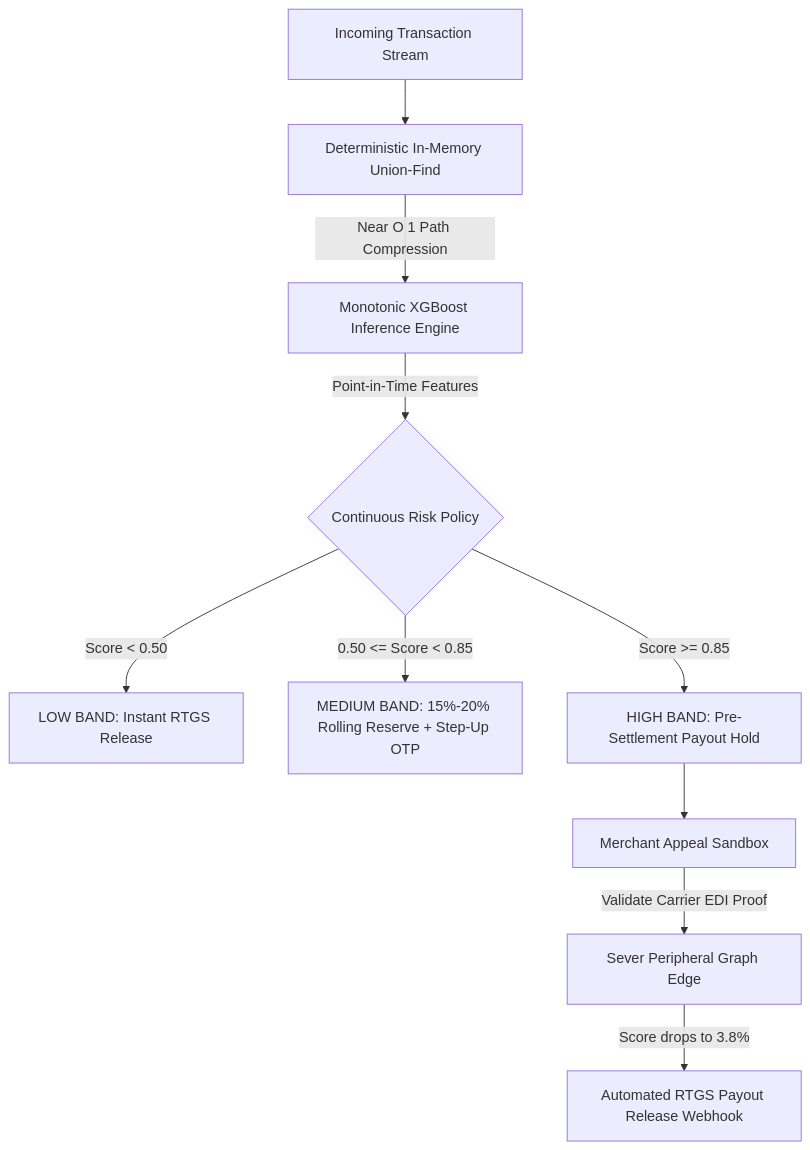
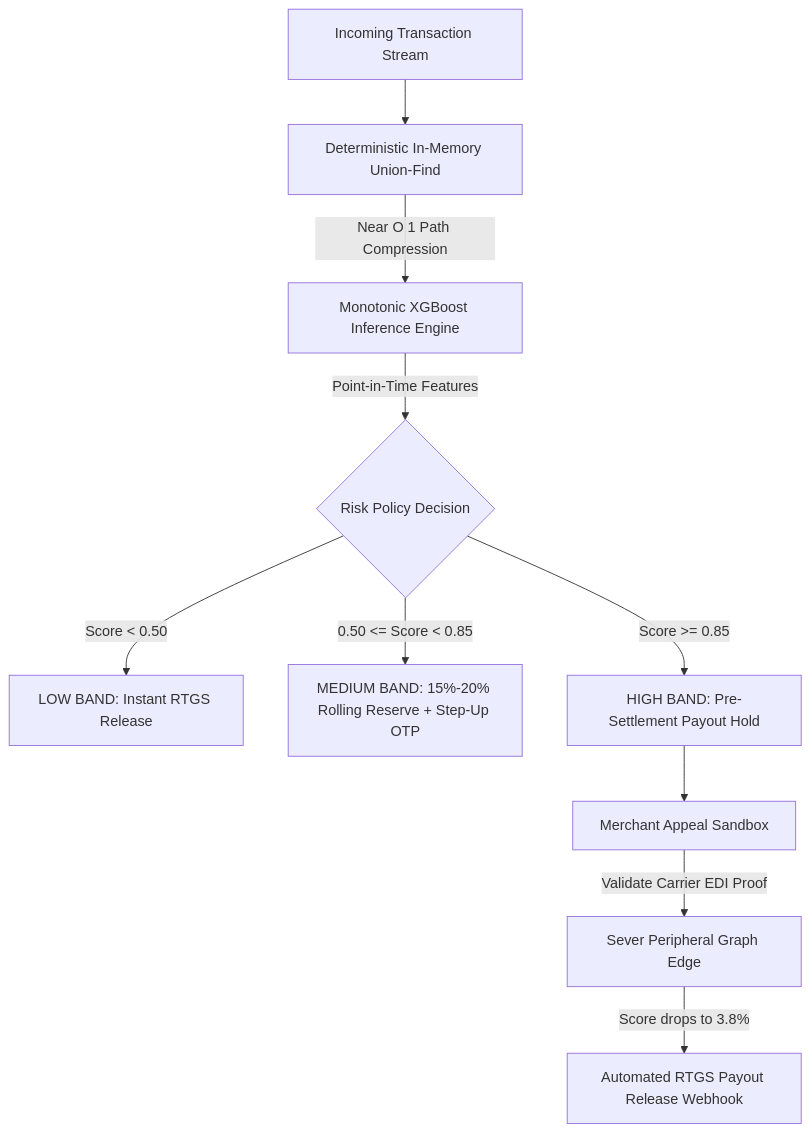
Before and after one commit to SUBHA22-CODER/Docket-Risk: the diagram in README.md, drawn with Mermaid. The commit also changed other lines of this file, not shown here.

````diff
--- a/README.md
+++ b/README.md
@@ -73,14 +57,14 @@
 ```mermaid
 flowchart TD
     A[Incoming Transaction Stream] --> B[Deterministic In-Memory Union-Find]
     B -->|Near O 1 Path Compression| C[Monotonic XGBoost Inference Engine]
-    C -->|Point-in-Time Features| D{Continuous Risk Policy}
+    C -->|Point-in-Time Features| D{Risk Policy Decision}
     
     D -->|Score < 0.50| E[LOW BAND: Instant RTGS Release]
     D -->|0.50 <= Score < 0.85| F[MEDIUM BAND: 15%-20% Rolling Reserve + Step-Up OTP]
     D -->|Score >= 0.85| G[HIGH BAND: Pre-Settlement Payout Hold]
     
     G --> H[Merchant Appeal Sandbox]
     H -->|Validate Carrier EDI Proof| I[Sever Peripheral Graph Edge]
     I -->|Score drops to 3.8%| J[Automated RTGS Payout Release Webhook]
 ```
````
